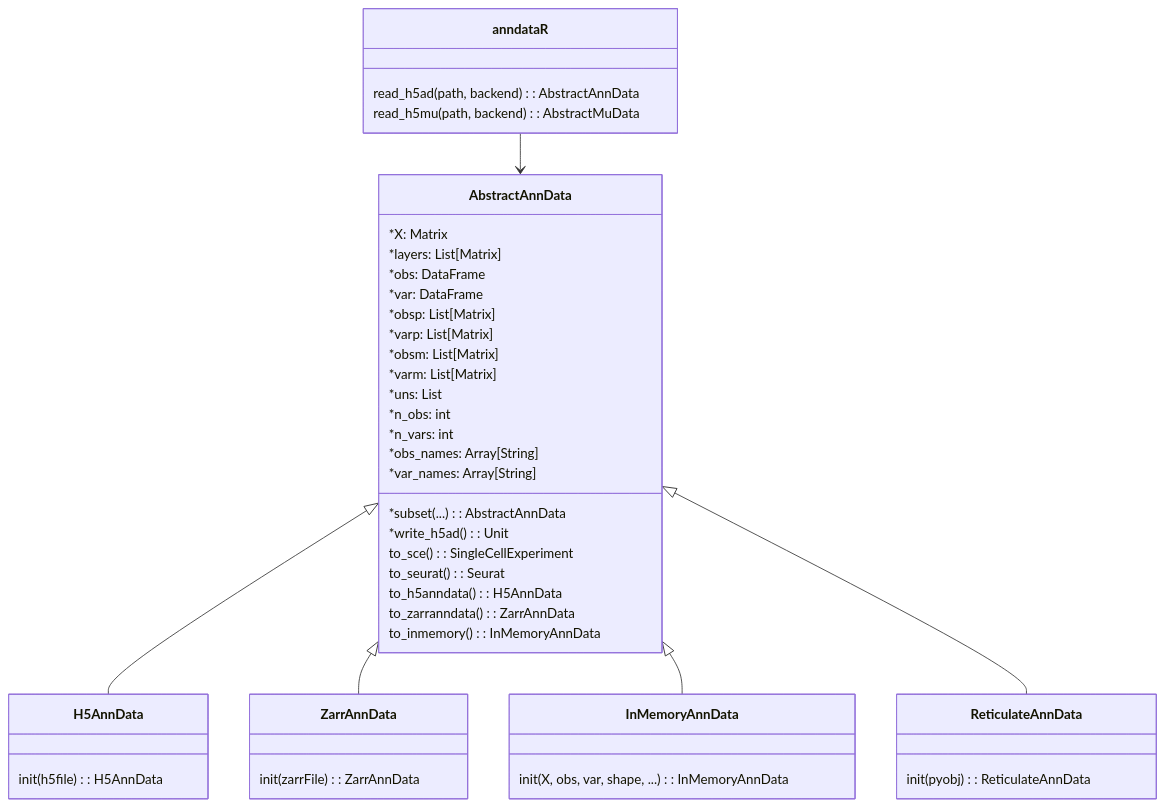
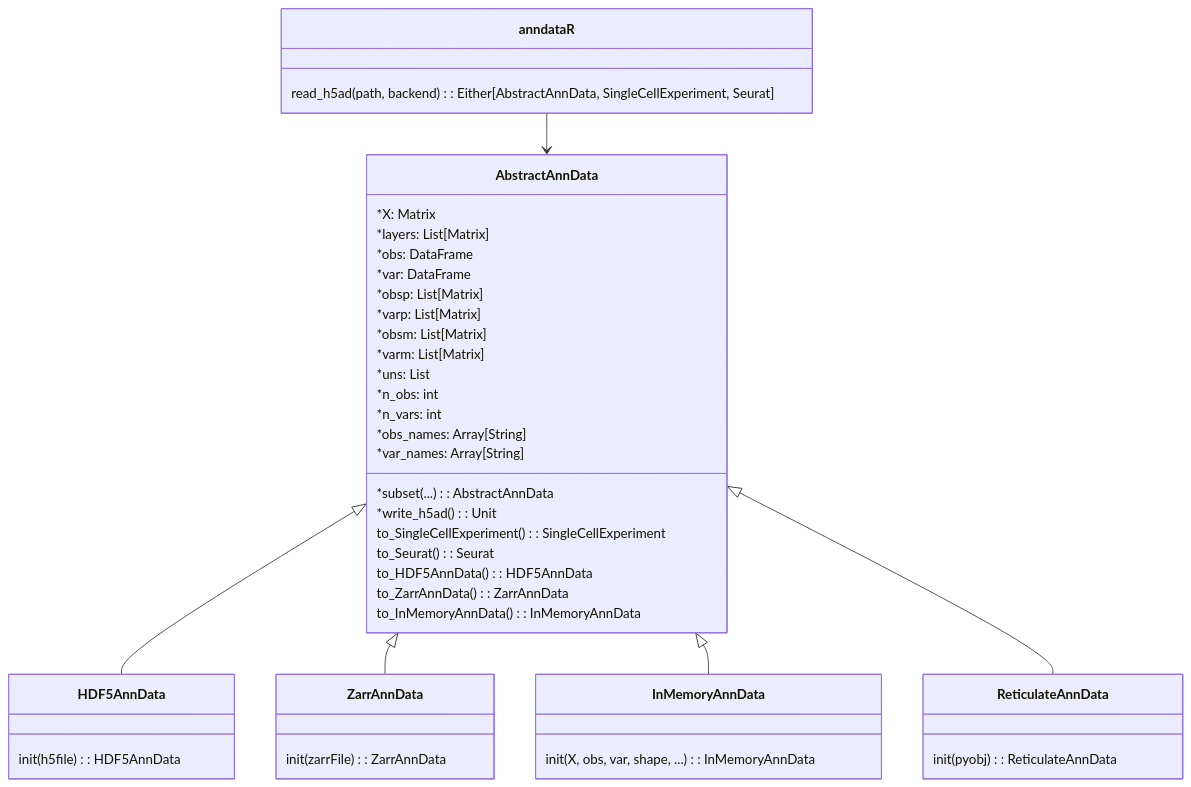
The diagram in doc/design.md (scverse/anndataR), drawn with Mermaid before and after one commit. The commit also changed other lines of this file and 1 other file, not shown here.

````diff
--- a/doc/design.md
+++ b/doc/design.md
@@ -47,53 +45,52 @@
 ``` mermaid
 classDiagram
   class AbstractAnnData {
     *X: Matrix
     *layers: List[Matrix]
     *obs: DataFrame
     *var: DataFrame
     *obsp: List[Matrix]
     *varp: List[Matrix]
     *obsm: List[Matrix]
     *varm: List[Matrix]
     *uns: List
     *n_obs: int
     *n_vars: int
     *obs_names: Array[String]
     *var_names: Array[String]
     *subset(...): AbstractAnnData
     *write_h5ad(): Unit
 
-    to_sce(): SingleCellExperiment
-    to_seurat(): Seurat
+    to_SingleCellExperiment(): SingleCellExperiment
+    to_Seurat(): Seurat
 
-    to_h5anndata(): H5AnnData
-    to_zarranndata(): ZarrAnnData
-    to_inmemory(): InMemoryAnnData
+    to_HDF5AnnData(): HDF5AnnData
+    to_ZarrAnnData(): ZarrAnnData
+    to_InMemoryAnnData(): InMemoryAnnData
   }
 
-  AbstractAnnData <|-- H5AnnData
-  class H5AnnData {
-    init(h5file): H5AnnData
+  AbstractAnnData <|-- HDF5AnnData
+  class HDF5AnnData {
+    init(h5file): HDF5AnnData
   }
 
   AbstractAnnData <|-- ZarrAnnData
   class ZarrAnnData {
     init(zarrFile): ZarrAnnData
   }
 
   AbstractAnnData <|-- InMemoryAnnData
   class InMemoryAnnData {
     init(X, obs, var, shape, ...): InMemoryAnnData
   }
 
   AbstractAnnData <|-- ReticulateAnnData
   class ReticulateAnnData {
     init(pyobj): ReticulateAnnData
   }
 
   class anndataR {
-    read_h5ad(path, backend): AbstractAnnData
-    read_h5mu(path, backend): AbstractMuData
+    read_h5ad(path, backend): Either[AbstractAnnData, SingleCellExperiment, Seurat]
   }
   anndataR --> AbstractAnnData
 ```
````
